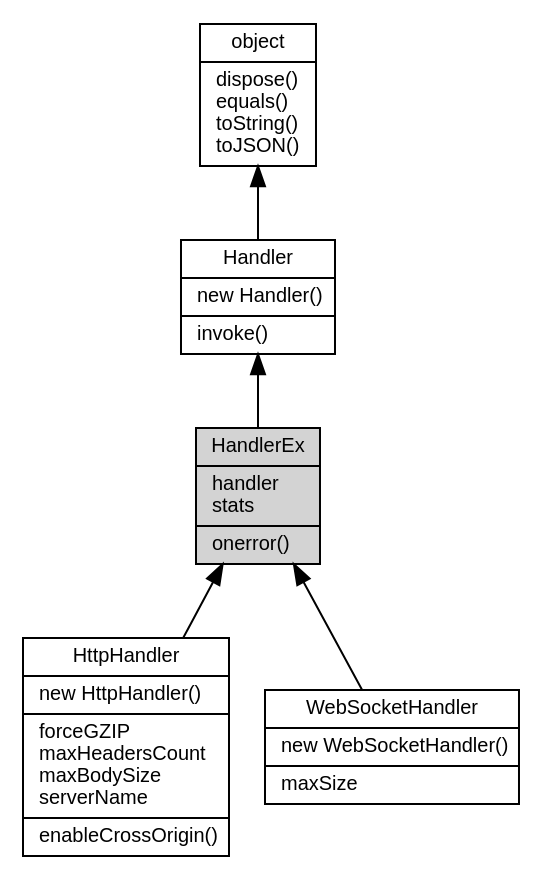
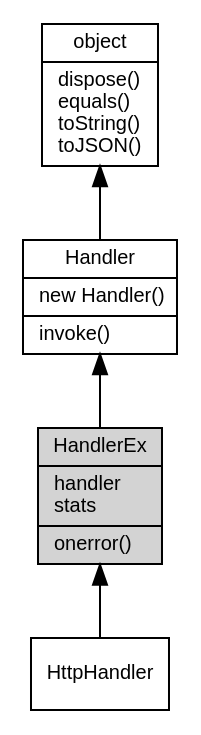
The diagram in docs/manual/object/ifs/HandlerEx.md (fibjs/fibjs.org), drawn with Graphviz before and after one commit. The commit also changed 289 other files, not shown here.

````diff
--- a/docs/manual/object/ifs/HandlerEx.md
+++ b/docs/manual/object/ifs/HandlerEx.md
@@ -5,16 +5,14 @@
 ```dot
 digraph {
     node [fontname="Helvetica,sans-Serif", fontsize=10, shape="record", style="filled", fillcolor="white"];
 
     object [tooltip="object", URL="object.md", label="{object|dispose()\lequals()\ltoString()\ltoJSON()\l}"];
     Handler [tooltip="Handler", URL="Handler.md", label="{Handler|new Handler()\l|invoke()\l}"];
-    HandlerEx [tooltip="HandlerEx", fillcolor="lightgray", label="{HandlerEx|handler\lstats\l|onerror()\l}"];
-    HttpHandler [tooltip="HttpHandler", URL="HttpHandler.md", label="{HttpHandler|new HttpHandler()\l|forceGZIP\lmaxHeadersCount\lmaxBodySize\lserverName\l|enableCrossOrigin()\l}"];
-    WebSocketHandler [tooltip="WebSocketHandler", URL="WebSocketHandler.md", label="{WebSocketHandler|new WebSocketHandler()\l|maxSize\l}"];
+    HandlerEx [tooltip="HandlerEx", fillcolor="lightgray", id="me", label="{HandlerEx|handler\lstats\l|onerror()\l}"];
+    HttpHandler [tooltip="HttpHandler", URL="HttpHandler.md", label="{HttpHandler}"];
 
     object -> Handler [dir=back];
     Handler -> HandlerEx [dir=back];
     HandlerEx -> HttpHandler [dir=back];
-    HandlerEx -> WebSocketHandler [dir=back];
 }
 ```
````
